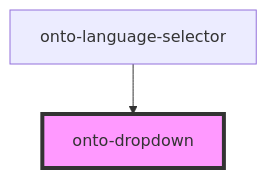
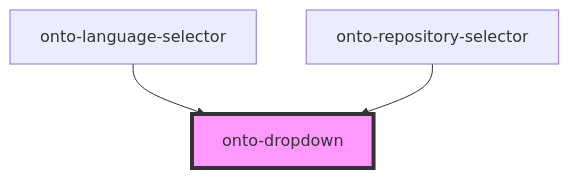
The diagram in packages/shared-components/src/components/onto-dropdown/readme.md (Ontotext-AD/graphdb-workbench), drawn with Mermaid before and after one commit. The commit also changed other lines of this file and 70 other files, not shown here.

First line of the commit message:
GDB-10569: WB Migration: Implement the repository change selector in the header

````diff
--- a/packages/shared-components/src/components/onto-dropdown/readme.md
+++ b/packages/shared-components/src/components/onto-dropdown/readme.md
@@ -41,5 +42,6 @@
 ```mermaid
 graph TD;
   onto-language-selector --> onto-dropdown
+  onto-repository-selector --> onto-dropdown
   style onto-dropdown fill:#f9f,stroke:#333,stroke-width:4px
 ```
````
